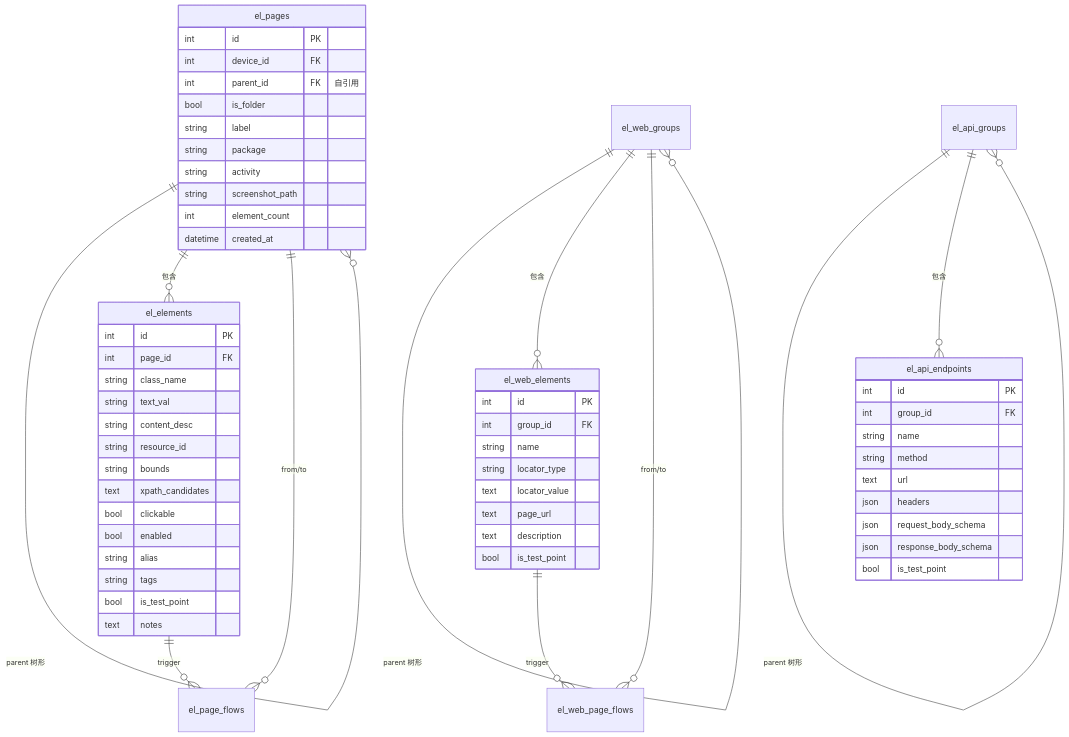
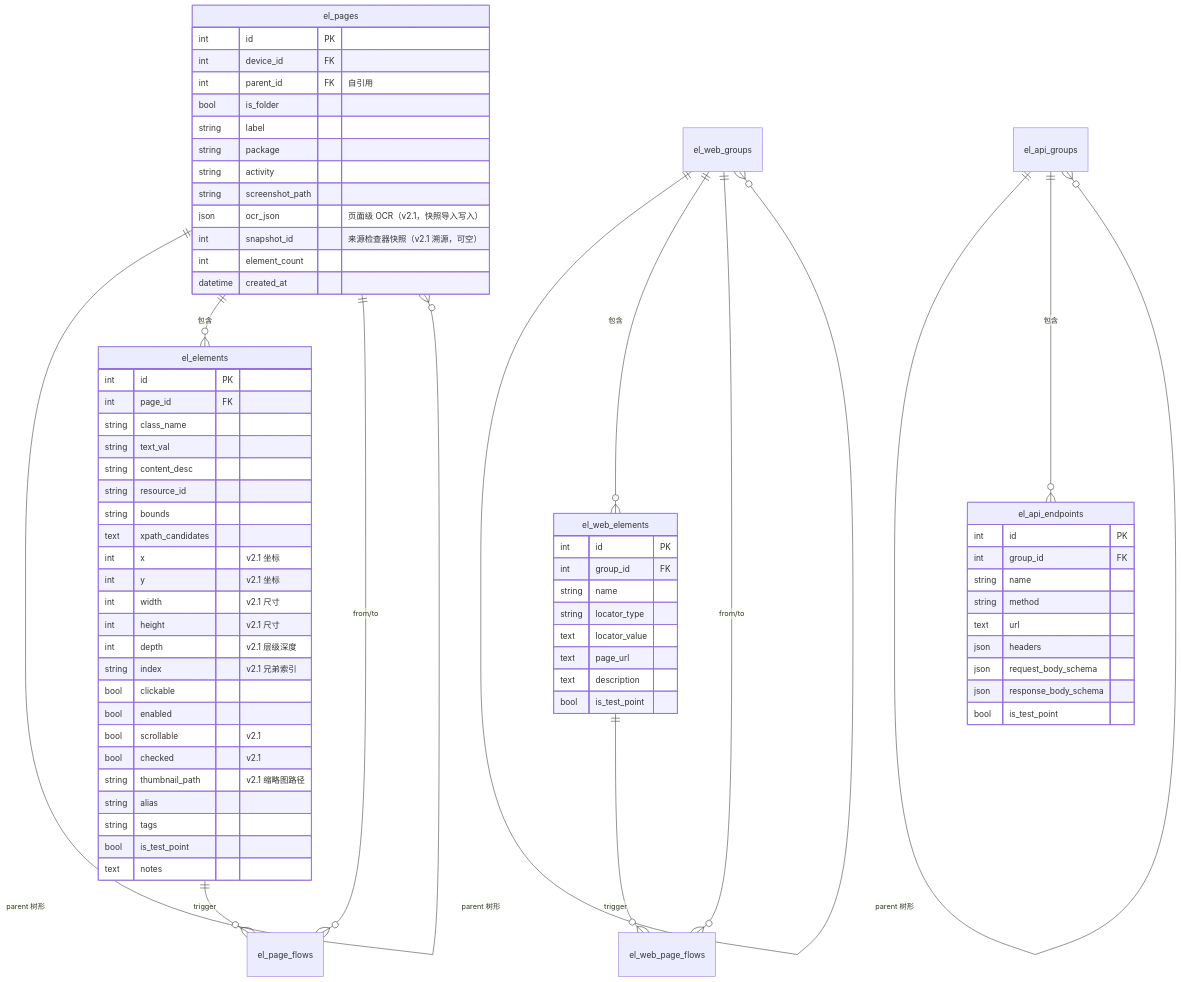
Before and after one commit to Kahoku-lazy/Android-AutoTests: the fifth of 5 diagrams in dev_docs/03-设计与架构/ARCH-04-元素定位.md, drawn with Mermaid. The commit also changed other lines of this file and 53 other files, not shown here.

````diff
--- a/dev_docs/03-设计与架构/ARCH-04-元素定位.md
+++ b/dev_docs/03-设计与架构/ARCH-04-元素定位.md
@@ -260,68 +263,79 @@
 ```mermaid
 erDiagram
     el_pages ||--o{ el_pages : "parent 树形"
     el_pages ||--o{ el_elements : "包含"
     el_pages ||--o{ el_page_flows : "from/to"
     el_elements ||--o{ el_page_flows : "trigger"
 
     el_web_groups ||--o{ el_web_groups : "parent 树形"
     el_web_groups ||--o{ el_web_elements : "包含"
     el_web_groups ||--o{ el_web_page_flows : "from/to"
     el_web_elements ||--o{ el_web_page_flows : "trigger"
 
     el_api_groups ||--o{ el_api_groups : "parent 树形"
     el_api_groups ||--o{ el_api_endpoints : "包含"
 
     el_pages {
         int id PK
         int device_id FK
         int parent_id FK "自引用"
         bool is_folder
         string label
         string package
         string activity
         string screenshot_path
+        json ocr_json "页面级 OCR（v2.1，快照导入写入）"
+        int snapshot_id "来源检查器快照（v2.1 溯源，可空）"
         int element_count
         datetime created_at
     }
 
     el_elements {
         int id PK
         int page_id FK
         string class_name
         string text_val
         string content_desc
         string resource_id
         string bounds
         text xpath_candidates
+        int x "v2.1 坐标"
+        int y "v2.1 坐标"
+        int width "v2.1 尺寸"
+        int height "v2.1 尺寸"
+        int depth "v2.1 层级深度"
+        string index "v2.1 兄弟索引"
         bool clickable
         bool enabled
+        bool scrollable "v2.1"
+        bool checked "v2.1"
+        string thumbnail_path "v2.1 缩略图路径"
         string alias
         string tags
         bool is_test_point
         text notes
     }
 
     el_web_elements {
         int id PK
         int group_id FK
         string name
         string locator_type
         text locator_value
         text page_url
         text description
         bool is_test_point
     }
 
     el_api_endpoints {
         int id PK
         int group_id FK
         string name
         string method
         text url
         json headers
         json request_body_schema
         json response_body_schema
         bool is_test_point
     }
 ```
````
